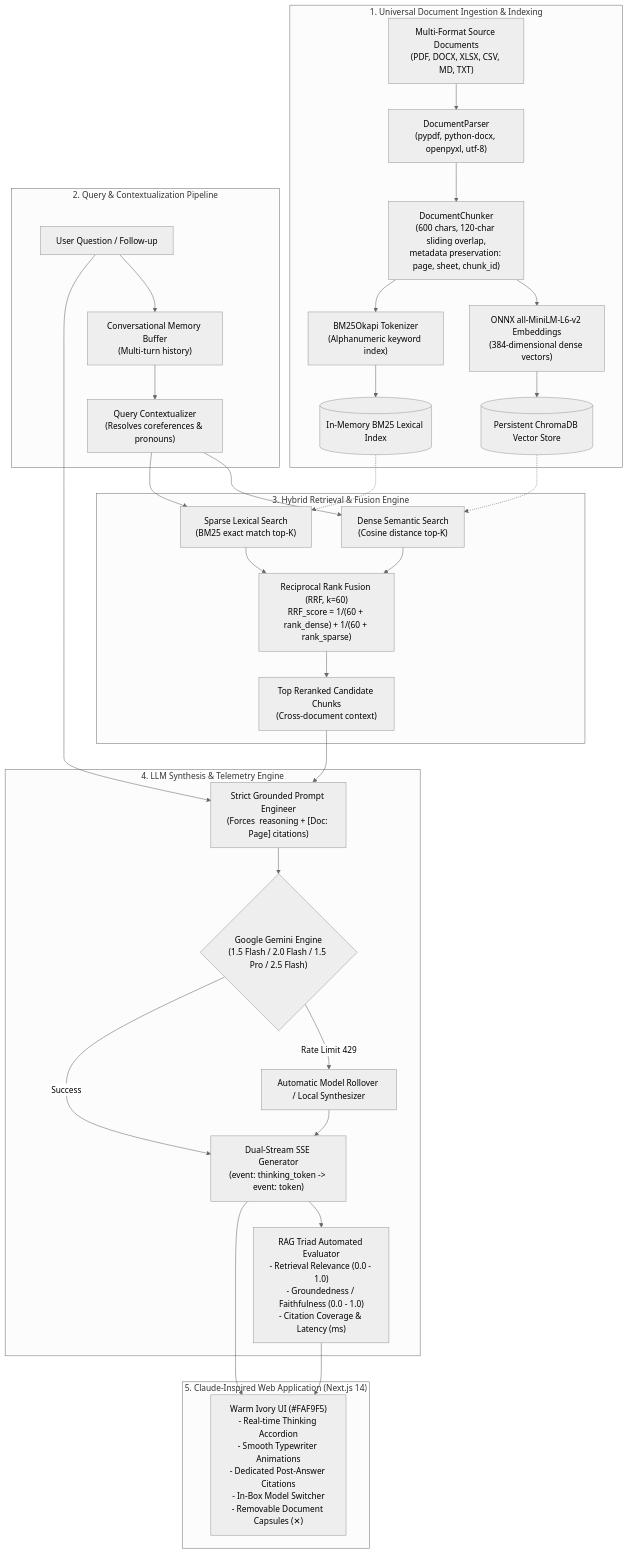
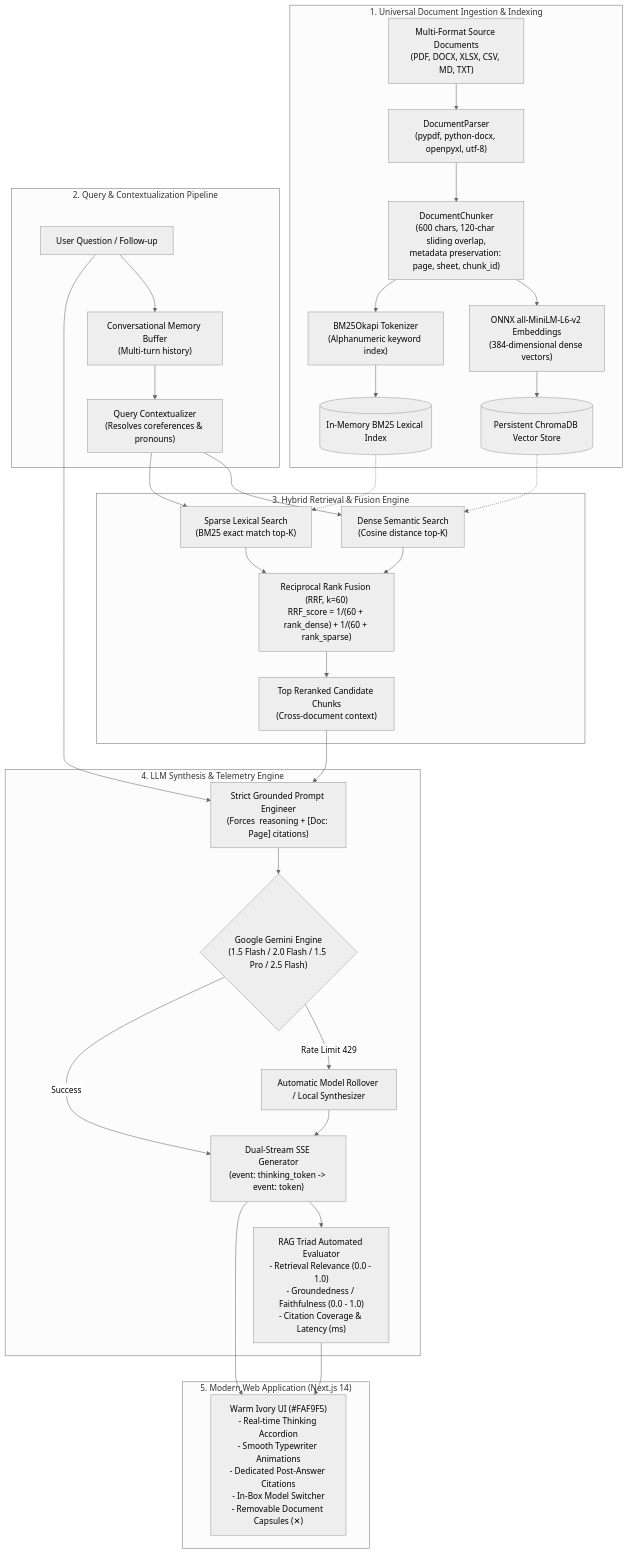
One commit to Joshan2007/DocAI-RAG changed the diagram in README.md. Above: the diagram before and after it, drawn with Mermaid (neutral theme). The commit also changed other lines of this file and 6 other files, not shown here.

Commit message:
refactor: Remove Claude references and standardize on modern AI knowledge assistant terminology

````diff
--- a/README.md
+++ b/README.md
@@ -16,41 +16,41 @@
 ```mermaid
 flowchart TD
     subgraph INGESTION["1. Universal Document Ingestion & Indexing"]
         DOCS["Multi-Format Source Documents\n(PDF, DOCX, XLSX, CSV, MD, TXT)"] --> PARSER["DocumentParser\n(pypdf, python-docx, openpyxl, utf-8)"]
         PARSER --> CHUNKER["DocumentChunker\n(600 chars, 120-char sliding overlap,\nmetadata preservation: page, sheet, chunk_id)"]
         CHUNKER --> DENSE_EMB["ONNX all-MiniLM-L6-v2 Embeddings\n(384-dimensional dense vectors)"]
         CHUNKER --> SPARSE_TOK["BM25Okapi Tokenizer\n(Alphanumeric keyword index)"]
         DENSE_EMB --> CHROMA[("Persistent ChromaDB Vector Store")]
         SPARSE_TOK --> BM25_IDX[("In-Memory BM25 Lexical Index")]
     end
 
     subgraph QUERY_PROCESSING["2. Query & Contextualization Pipeline"]
         USER_Q["User Question / Follow-up"] --> MEMORY["Conversational Memory Buffer\n(Multi-turn history)"]
         MEMORY --> REFORMULATOR["Query Contextualizer\n(Resolves coreferences & pronouns)"]
     end
 
     subgraph HYBRID_RETRIEVAL["3. Hybrid Retrieval & Fusion Engine"]
         REFORMULATOR --> D_SEARCH["Dense Semantic Search\n(Cosine distance top-K)"]
         REFORMULATOR --> S_SEARCH["Sparse Lexical Search\n(BM25 exact match top-K)"]
         CHROMA -.-> D_SEARCH
         BM25_IDX -.-> S_SEARCH
         D_SEARCH --> RRF["Reciprocal Rank Fusion (RRF, k=60)\nRRF_score = 1/(60 + rank_dense) + 1/(60 + rank_sparse)"]
         S_SEARCH --> RRF
         RRF --> TOP_CHUNKS["Top Reranked Candidate Chunks\n(Cross-document context)"]
     end
 
     subgraph GENERATION_EVAL["4. LLM Synthesis & Telemetry Engine"]
         TOP_CHUNKS --> PROMPT_ENG["Strict Grounded Prompt Engineer\n(Forces <thought> reasoning + [Doc: Page] citations)"]
         USER_Q --> PROMPT_ENG
         PROMPT_ENG --> GEMINI{"Google Gemini Engine\n(1.5 Flash / 2.0 Flash / 1.5 Pro / 2.5 Flash)"}
         GEMINI -- "Rate Limit 429" --> ROTATE["Automatic Model Rollover / Local Synthesizer"]
         GEMINI -- "Success" --> STREAM["Dual-Stream SSE Generator\n(event: thinking_token -> event: token)"]
         ROTATE --> STREAM
         STREAM --> EVAL["RAG Triad Automated Evaluator\n- Retrieval Relevance (0.0 - 1.0)\n- Groundedness / Faithfulness (0.0 - 1.0)\n- Citation Coverage & Latency (ms)"]
     end
 
-    subgraph PRESENTATION["5. Claude-Inspired Web Application (Next.js 14)"]
+    subgraph PRESENTATION["5. Modern Web Application (Next.js 14)"]
         STREAM --> UI["Warm Ivory UI (#FAF9F5)\n- Real-time Thinking Accordion\n- Smooth Typewriter Animations\n- Dedicated Post-Answer Citations\n- In-Box Model Switcher\n- Removable Document Capsules (✕)"]
         EVAL --> UI
     end
 ```
````
